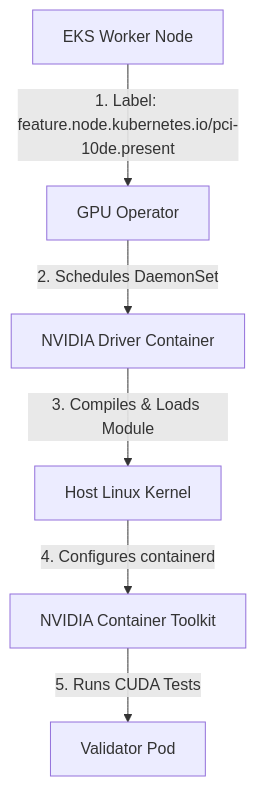
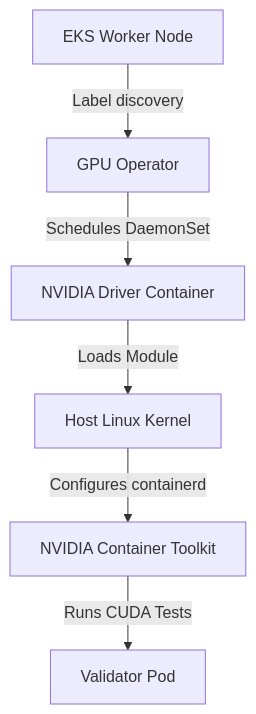
The diagram in docs/labs/02-gpu-operator.md (ok-karthik/ai-infrastructure-on-eks), drawn with Mermaid before and after one commit. The commit also changed other lines of this file and 17 other files, not shown here.

````diff
--- a/docs/labs/02-gpu-operator.md
+++ b/docs/labs/02-gpu-operator.md
@@ -10,8 +10,8 @@
 ```mermaid
 graph TD
-    Node[EKS Worker Node] -->|1. Label: feature.node.kubernetes.io/pci-10de.present| Op[GPU Operator]
-    Op -->|2. Schedules DaemonSet| Driver[NVIDIA Driver Container]
-    Driver -->|3. Compiles & Loads Module| Host[Host Linux Kernel]
-    Host -->|4. Configures containerd| Toolkit[NVIDIA Container Toolkit]
-    Toolkit -->|5. Runs CUDA Tests| Val[Validator Pod]
+    Node[EKS Worker Node] -->|Label discovery| Op[GPU Operator]
+    Op -->|Schedules DaemonSet| Driver[NVIDIA Driver Container]
+    Driver -->|Loads Module| Host[Host Linux Kernel]
+    Host -->|Configures containerd| Toolkit[NVIDIA Container Toolkit]
+    Toolkit -->|Runs CUDA Tests| Val[Validator Pod]
 ```
````
